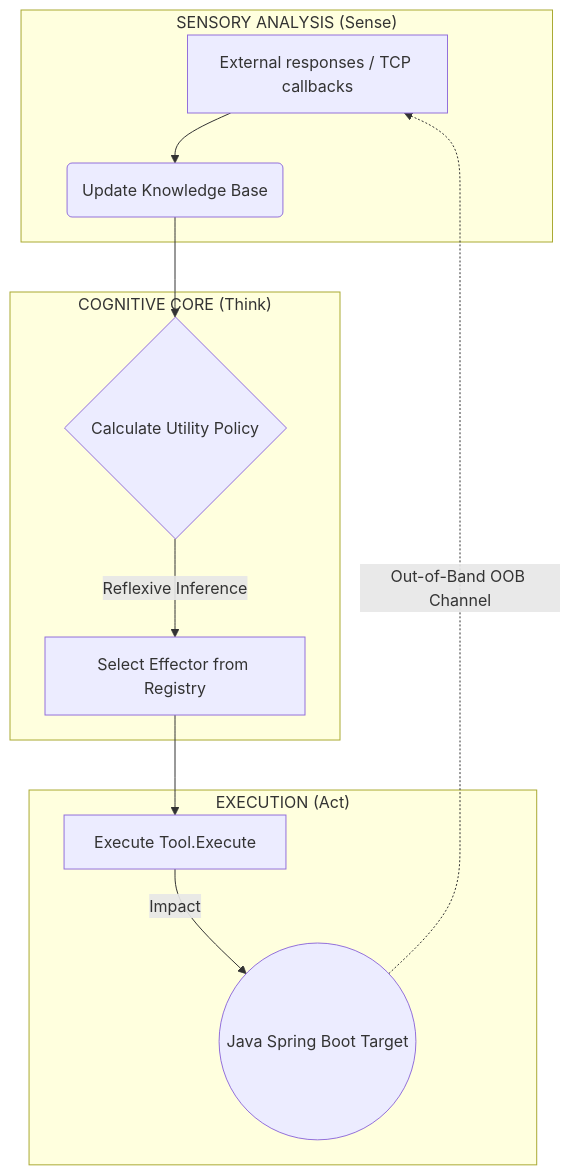
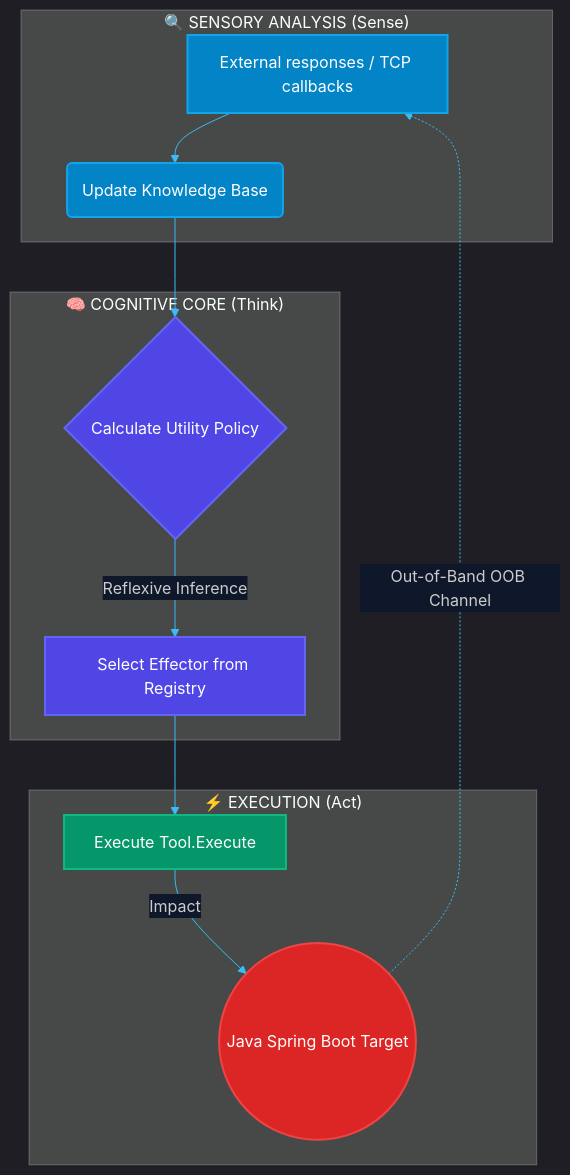
The first of 3 diagrams in README.en.md (C00LN3T/Log4ShellAuditor), drawn with Mermaid before and after one commit. The commit also changed other lines of this file and 2 other files, not shown here.

````diff
--- a/README.en.md
+++ b/README.en.md
@@ -22,15 +34,33 @@
 ```mermaid
+%%{init: {
+  'theme': 'dark',
+  'themeVariables': {
+    'background': '#0f172a',
+    'primaryColor': '#1e293b',
+    'primaryTextColor': '#cbd5e1',
+    'primaryBorderColor': '#3b82f6',
+    'lineColor': '#38bdf8',
+    'secondaryColor': '#1e1b4b',
+    'tertiaryColor': '#0f172a',
+    'edgeLabelBackground': '#0f172a'
+  }
+}}%%
 graph TD
-    subgraph "SENSORY ANALYSIS (Sense)"
-        A[External responses / TCP callbacks] --> B(Update Knowledge Base)
+    classDef sense fill:#0284c7,stroke:#0ea5e9,stroke-width:2px,color:#fff;
+    classDef think fill:#4f46e5,stroke:#6366f1,stroke-width:2px,color:#fff;
+    classDef act fill:#059669,stroke:#10b981,stroke-width:2px,color:#fff;
+    classDef target fill:#dc2626,stroke:#ef4444,stroke-width:2px,color:#fff;
+
+    subgraph Sense ["🔍 SENSORY ANALYSIS (Sense)"]
+        A[External responses / TCP callbacks]:::sense --> B(Update Knowledge Base):::sense
     end
-    subgraph "COGNITIVE CORE (Think)"
-        B --> C{Calculate Utility Policy}
-        C -->|Reflexive Inference| D[Select Effector from Registry]
+    subgraph Think ["🧠 COGNITIVE CORE (Think)"]
+        B --> C{Calculate Utility Policy}:::think
+        C -->|Reflexive Inference| D[Select Effector from Registry]:::think
     end
-    subgraph "EXECUTION (Act)"
-        D --> E[Execute Tool.Execute]
-        E -->|Impact| F((Java Spring Boot Target))
+    subgraph subgraph_Act ["⚡ EXECUTION (Act)"]
+        D --> E[Execute Tool.Execute]:::act
+        E -->|Impact| F((Java Spring Boot Target)):::target
         F -.->|Out-of-Band OOB Channel| A
     end
 ```
````
